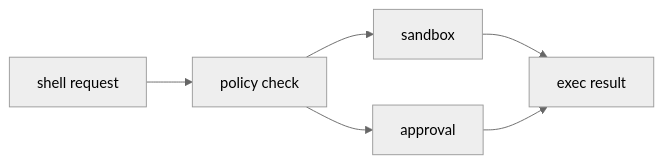
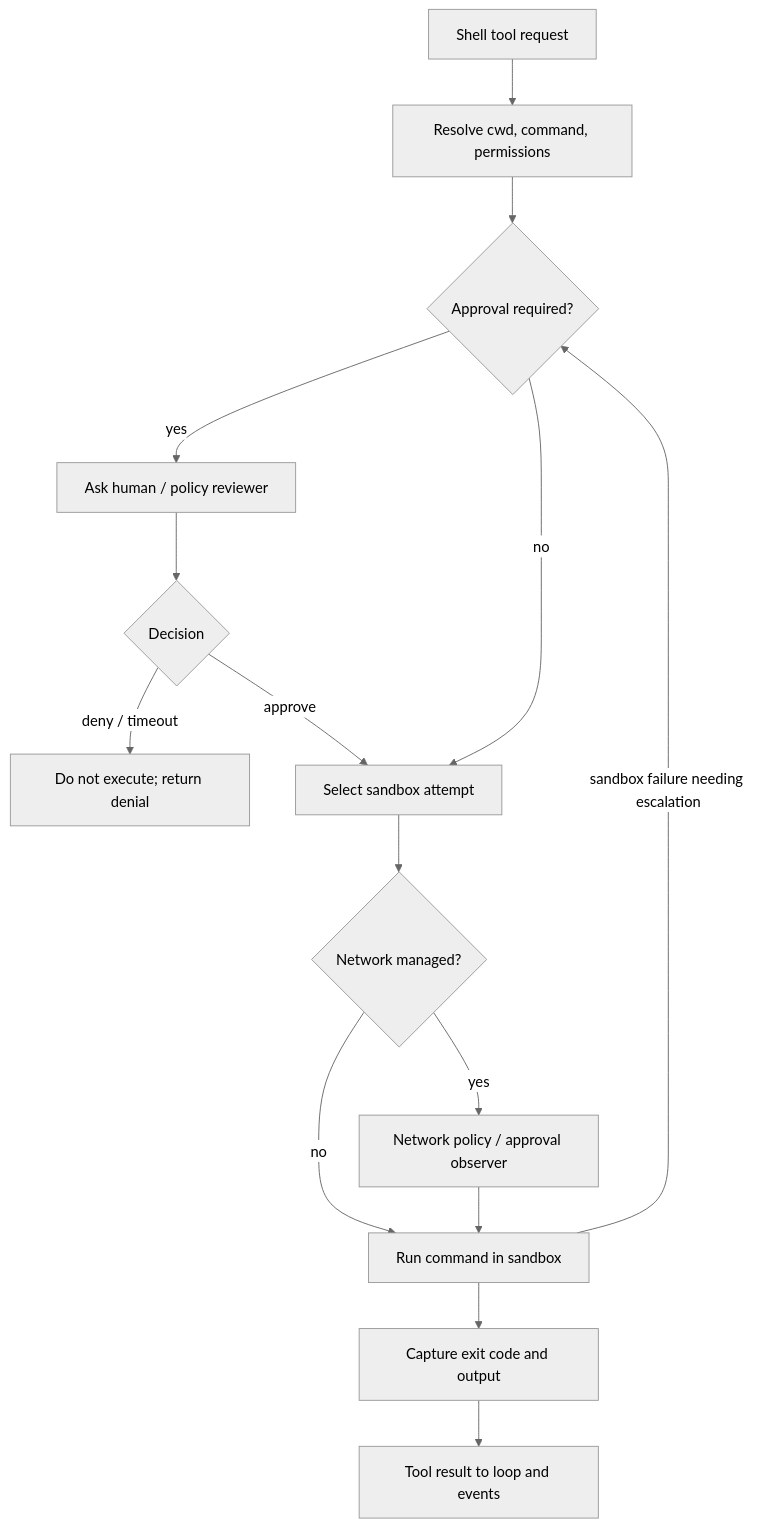
Before and after one commit to shihao-zhang/learn-codex: the diagram in chapters/s04_shell_sandbox_permissions/diagram.mmd, drawn with Mermaid (neutral theme). The commit also changed other lines of this file and 43 other files, not shown here.

```diff
--- a/chapters/s04_shell_sandbox_permissions/diagram.mmd
+++ b/chapters/s04_shell_sandbox_permissions/diagram.mmd
@@ -1,6 +1,15 @@
-flowchart LR
-    A["shell request"] --> B["policy check"]
-    B --> C["sandbox"]
-    B --> D["approval"]
-    C --> E["exec result"]
-    D --> E
+flowchart TD
+    A["Shell tool request"] --> B["Resolve cwd, command, permissions"]
+    B --> C{"Approval required?"}
+    C -->|yes| D["Ask human / policy reviewer"]
+    D --> E{"Decision"}
+    E -->|deny / timeout| F["Do not execute; return denial"]
+    E -->|approve| G["Select sandbox attempt"]
+    C -->|no| G
+    G --> H{"Network managed?"}
+    H -->|yes| I["Network policy / approval observer"]
+    H -->|no| J["Run command in sandbox"]
+    I --> J
+    J --> K["Capture exit code and output"]
+    K --> L["Tool result to loop and events"]
+    J -->|sandbox failure needing escalation| C
```
